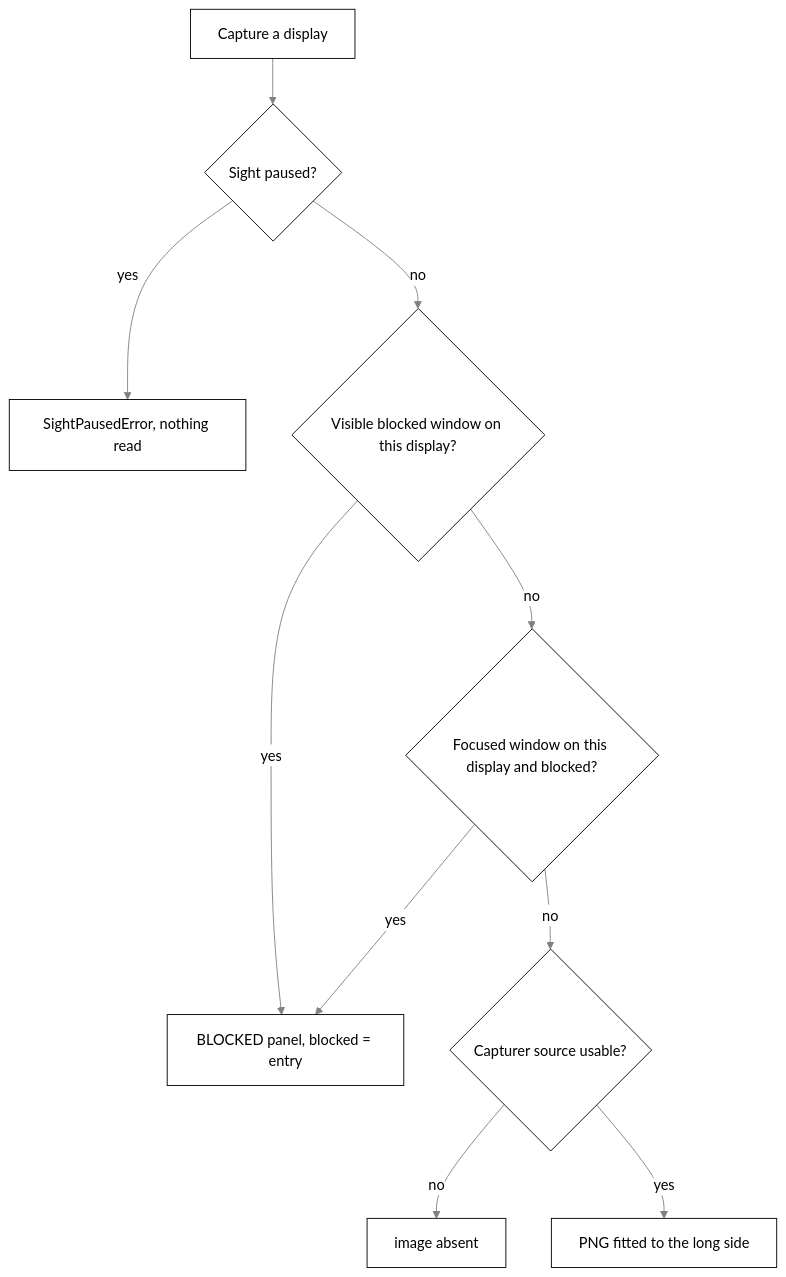
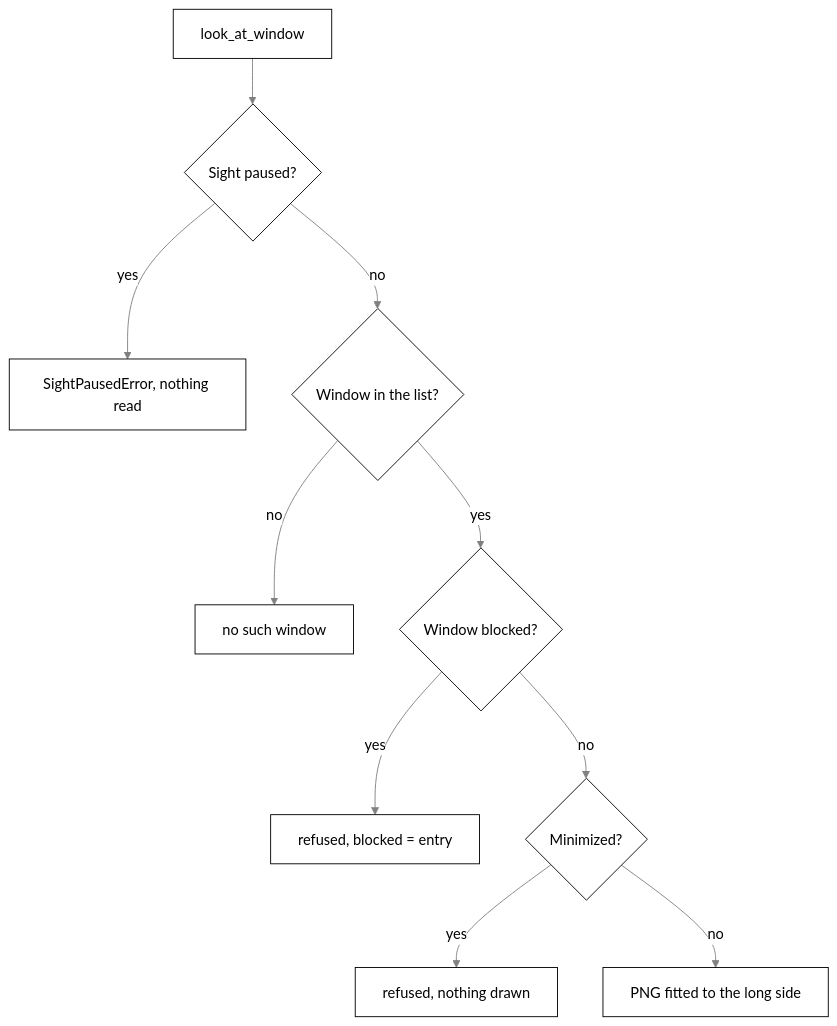
One commit to nadeem4/tagalong changed the diagram in docs/sight.md. Above: the diagram before and after it, drawn with Mermaid. The commit also changed other lines of this file and 69 other files, not shown here.

````diff
--- a/docs/sight.md
+++ b/docs/sight.md
@@ -281,13 +251,13 @@
 ```mermaid
 %%{init: {"theme": "base", "themeVariables": {"primaryColor": "#ffffff", "primaryTextColor": "#000000", "primaryBorderColor": "#000000", "lineColor": "#808080", "secondaryColor": "#f2f2f2", "tertiaryColor": "#ffffff", "clusterBkg": "#f7f7f7", "clusterBorder": "#808080", "edgeLabelBackground": "#ffffff", "titleColor": "#808080", "fontFamily": "Segoe UI, Helvetica, Arial, sans-serif"}}}%%
 flowchart TD
-  A[Capture a display] --> B{Sight paused?}
+  A[look_at_window] --> B{Sight paused?}
   B -- yes --> P[SightPausedError, nothing read]
-  B -- no --> C{Visible blocked window on this display?}
-  C -- yes --> X[BLOCKED panel, blocked = entry]
-  C -- no --> D{Focused window on this display and blocked?}
-  D -- yes --> X
-  D -- no --> E{Capturer source usable?}
-  E -- no --> N[image absent]
-  E -- yes --> I[PNG fitted to the long side]
+  B -- no --> C{Window in the list?}
+  C -- no --> N[no such window]
+  C -- yes --> D{Window blocked?}
+  D -- yes --> X[refused, blocked = entry]
+  D -- no --> E{Minimized?}
+  E -- yes --> M[refused, nothing drawn]
+  E -- no --> I[PNG fitted to the long side]
 ```
````
